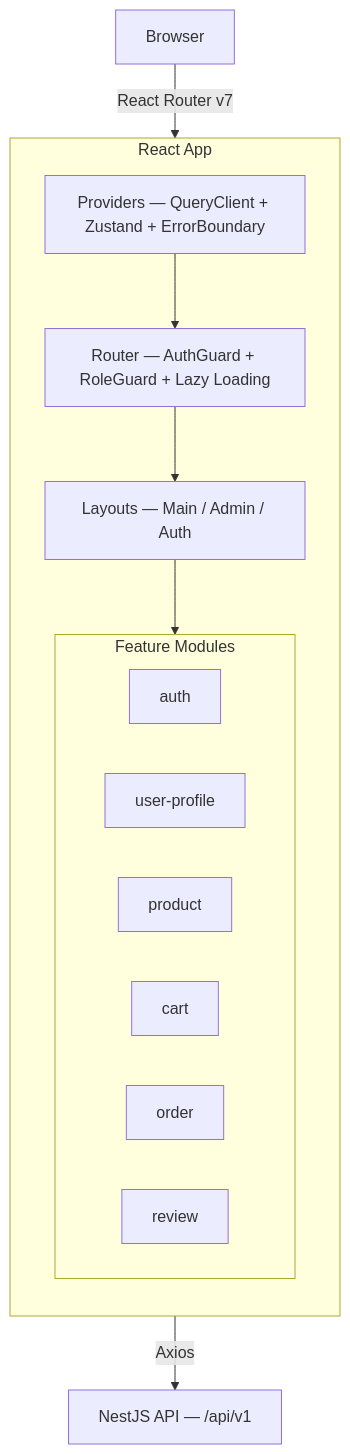
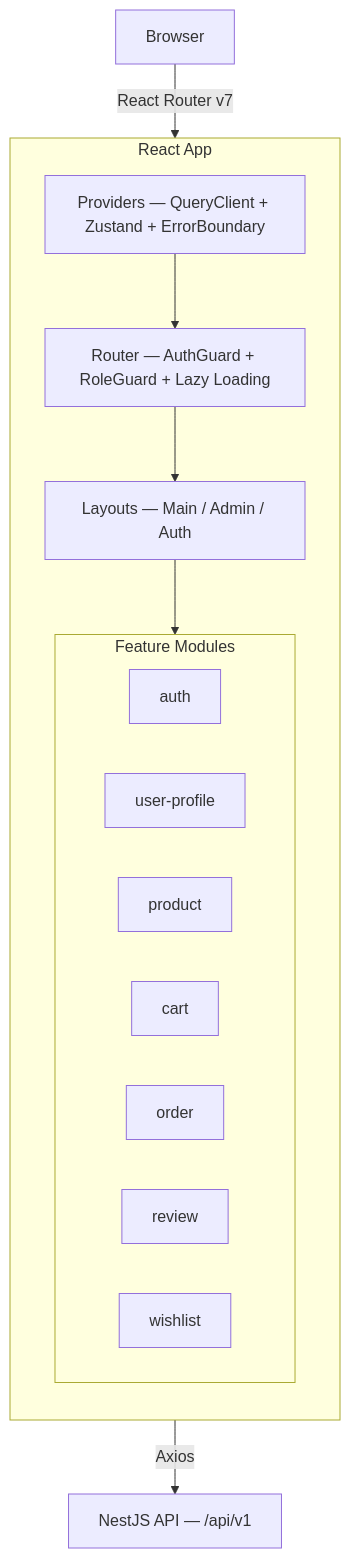
Before and after one commit to Hy-Khang/E-commerce-shop-Amazon-: the first of 2 diagrams in frontend-react/docs/FE-ARCHITECTURE.md, drawn with Mermaid. The commit also changed other lines of this file and 23 other files, not shown here.

````diff
--- a/frontend-react/docs/FE-ARCHITECTURE.md
+++ b/frontend-react/docs/FE-ARCHITECTURE.md
@@ -5,23 +5,24 @@
 ```mermaid
 graph TB
     Browser["Browser"] -->|React Router v7| App["React 19 + Vite"]
 
     subgraph App["React App"]
         direction TB
         Providers["Providers — QueryClient + Zustand + ErrorBoundary"]
         Providers --> Router["Router — AuthGuard + RoleGuard + Lazy Loading"]
         Router --> Layouts["Layouts — Main / Admin / Auth"]
         Layouts --> Features
 
         subgraph Features["Feature Modules"]
             Auth["auth"]
             UP["user-profile"]
             Prod["product"]
             Cart["cart"]
             Order["order"]
             Review["review"]
+            Wishlist["wishlist"]
         end
     end
 
     App -->|Axios| API["NestJS API — /api/v1"]
 ```
````
